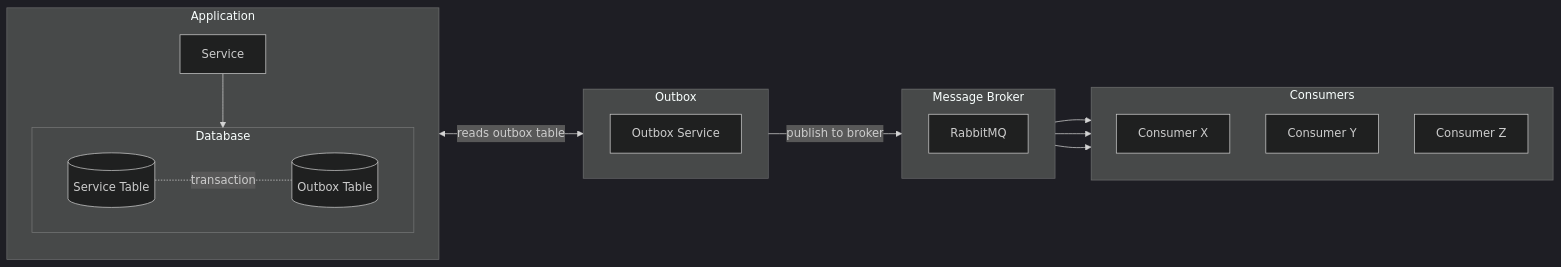
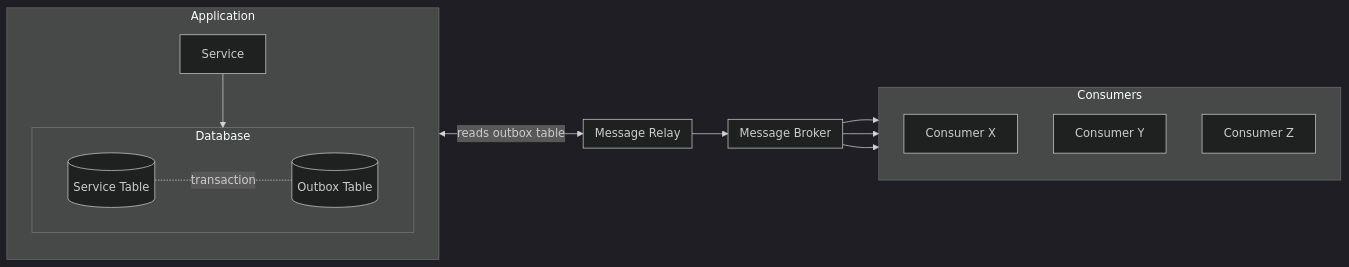
One commit to radsadowski/message-relay changed the diagram in README.md. Above: the diagram before and after it, drawn with Mermaid (dark theme).

Commit message:
simplify design

````diff
--- a/README.md
+++ b/README.md
@@ -5,36 +5,34 @@
 ```mermaid
 flowchart LR
   subgraph a [Application]
     direction TB
     s[Service]
     subgraph db [Database]
         direction RL
         oDB[(Outbox Table)]
         sDB[(Service Table)]
         oDB -. transaction .- sDB 
     end
         s --> db
   end
 
-  subgraph o [Outbox]
+  subgraph mr [Message Relay]
     direction LR
-    os[Outbox Service]
   end
 
   subgraph mbr [Message Broker]
     direction LR
-    mbrs[RabbitMQ]
   end
 
   subgraph c [Consumers]
   direction TB
   cX[Consumer X]
   cY[Consumer Y]
   cZ[Consumer Z]
   end
-  a <-->|reads outbox table| o
-  o -->|publish to broker| mbr
+  a <-->|reads outbox table| mr
+  mr --> mbr
   mbr --> cX
   mbr --> cY
   mbr --> cZ
 ```
````
